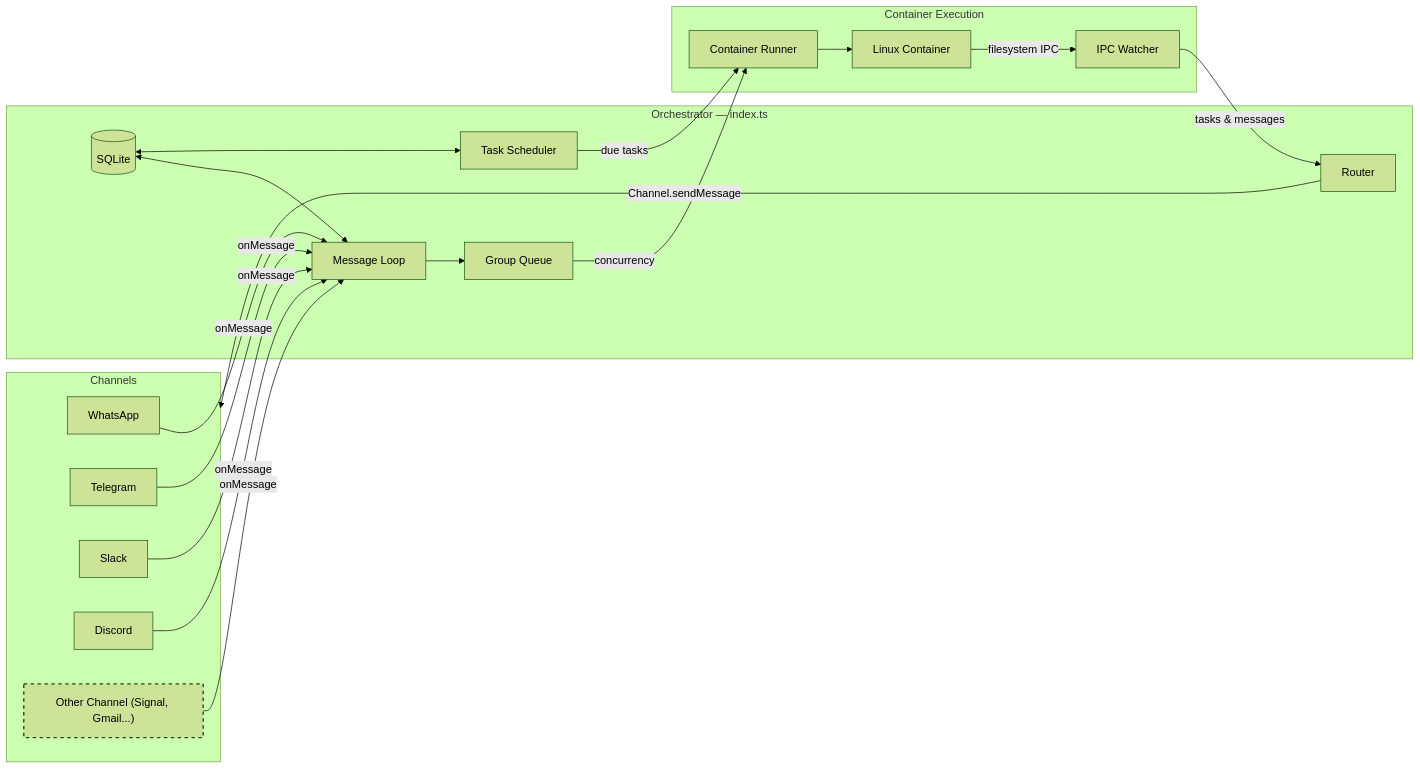
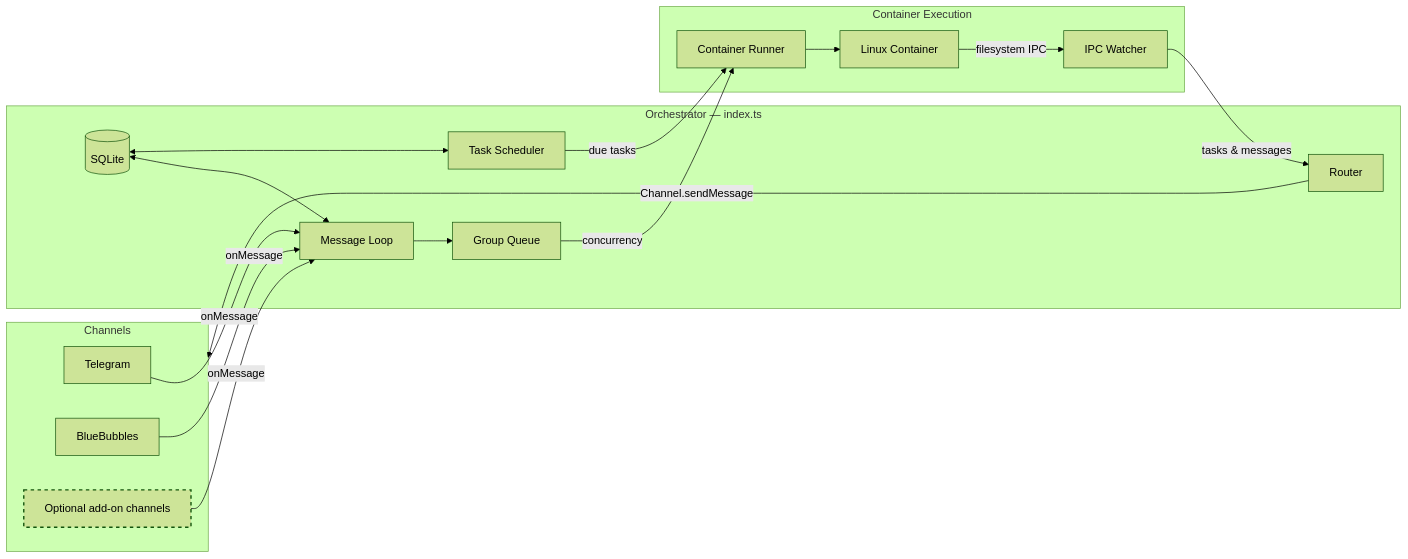
Before and after one commit to rupret007/Andrea_NanoBot: the diagram in docs/SPEC.md, drawn with Mermaid (forest theme). The commit also changed other lines of this file and 88 other files, not shown here.

````diff
--- a/docs/SPEC.md
+++ b/docs/SPEC.md
@@ -100,41 +108,39 @@
 ```mermaid
 graph LR
     subgraph Channels["Channels"]
-        WA[WhatsApp]
         TG[Telegram]
-        SL[Slack]
-        DC[Discord]
-        New["Other Channel (Signal, Gmail...)"]
+        BB[BlueBubbles]
+        New["Optional add-on channels"]
     end
 
     subgraph Orchestrator["Orchestrator — index.ts"]
         ML[Message Loop]
         GQ[Group Queue]
         RT[Router]
         TS[Task Scheduler]
         DB[(SQLite)]
     end
 
     subgraph Execution["Container Execution"]
         CR[Container Runner]
         LC["Linux Container"]
         IPC[IPC Watcher]
     end
 
     %% Flow
-    WA & TG & SL & DC & New -->|onMessage| ML
+    TG & BB & New -->|onMessage| ML
     ML --> GQ
     GQ -->|concurrency| CR
     CR --> LC
     LC -->|filesystem IPC| IPC
     IPC -->|tasks & messages| RT
     RT -->|Channel.sendMessage| Channels
     TS -->|due tasks| CR
 
     %% DB Connections
     DB <--> ML
     DB <--> TS
 
     %% Styling for the dynamic channel
     style New stroke-dasharray: 5 5,stroke-width:2px
 ```
````
